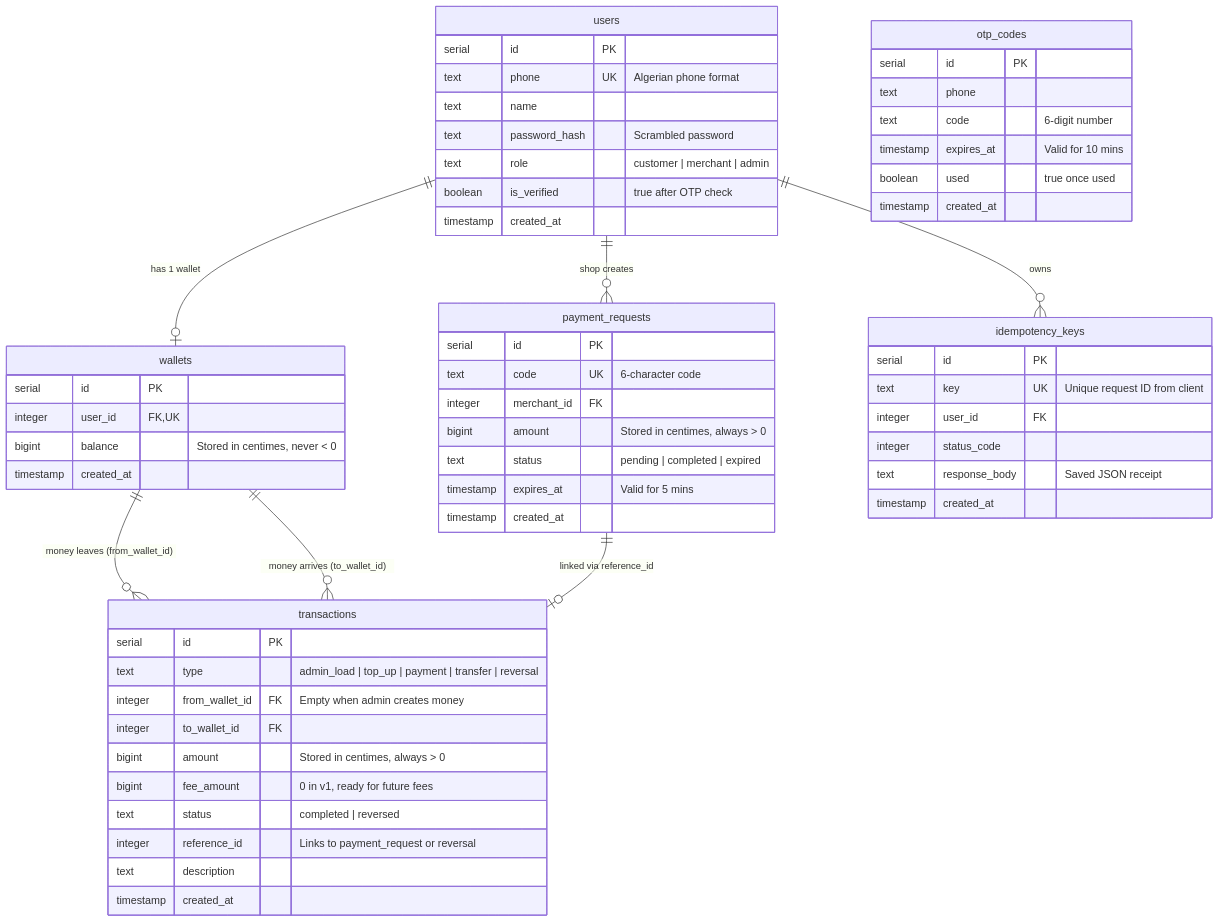
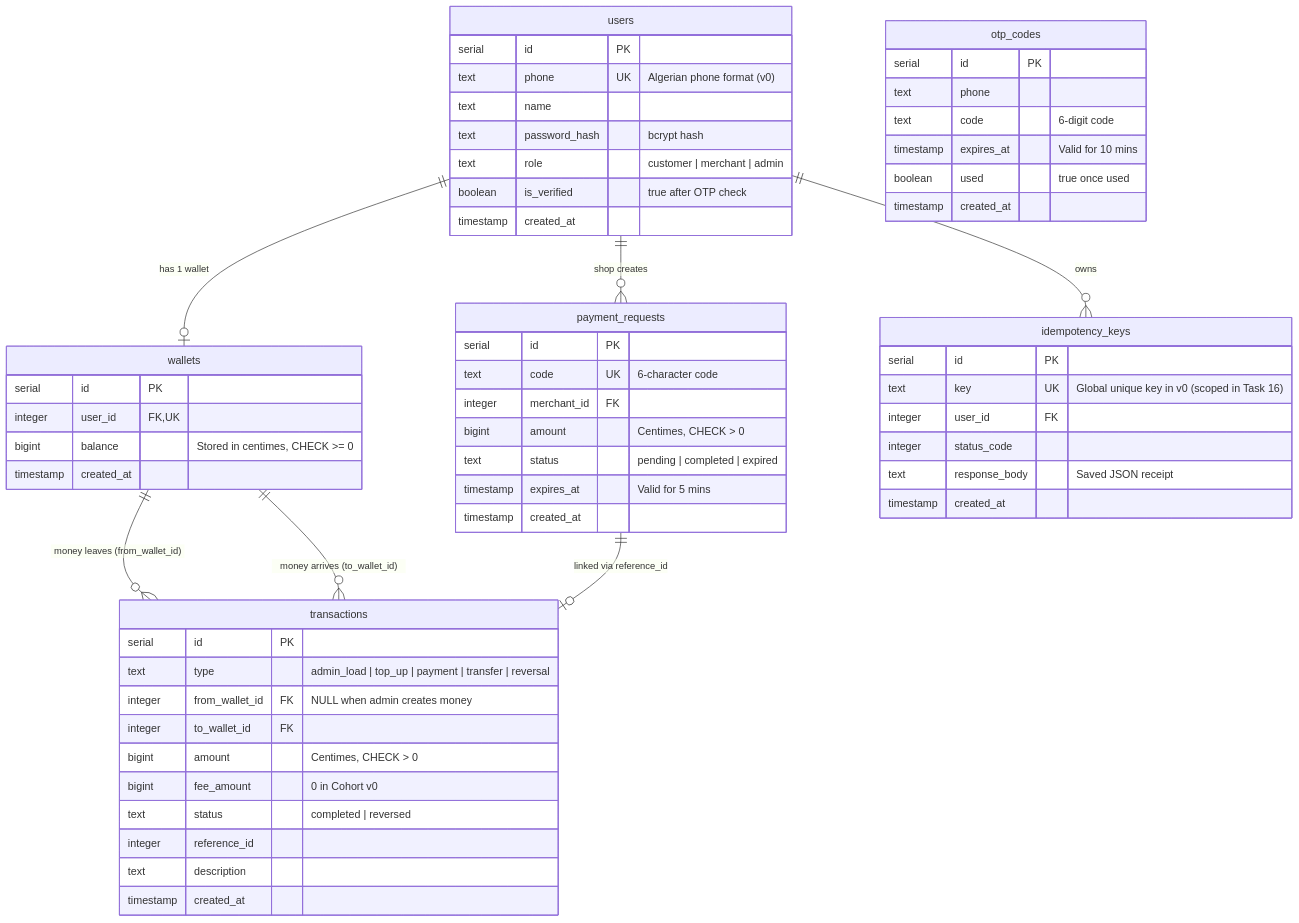
Before and after one commit to lyna-asma/project1-dtc: the first of 3 diagrams in docs/02-data-model-and-ledger.md, drawn with Mermaid. The commit also changed other lines of this file and 19 other files, not shown here.

Commit message:
docs: align Blendinar v1 product plan, 9-milestone backlog, ADRs, and visual diagrams

````diff
--- a/docs/02-data-model-and-ledger.md
+++ b/docs/02-data-model-and-ledger.md
@@ -11,67 +11,67 @@
 ```mermaid
 erDiagram
     users ||--o| wallets : "has 1 wallet"
     users ||--o{ payment_requests : "shop creates"
     users ||--o{ idempotency_keys : "owns"
     wallets ||--o{ transactions : "money leaves (from_wallet_id)"
     wallets ||--o{ transactions : "money arrives (to_wallet_id)"
     payment_requests ||--o| transactions : "linked via reference_id"
 
     users {
         serial id PK
-        text phone UK "Algerian phone format"
+        text phone UK "Algerian phone format (v0)"
         text name
-        text password_hash "Scrambled password"
+        text password_hash "bcrypt hash"
         text role "customer | merchant | admin"
         boolean is_verified "true after OTP check"
         timestamp created_at
     }
 
     otp_codes {
         serial id PK
         text phone
-        text code "6-digit number"
+        text code "6-digit code"
         timestamp expires_at "Valid for 10 mins"
         boolean used "true once used"
         timestamp created_at
     }
 
     wallets {
         serial id PK
-        integer user_id FK, UK
-        bigint balance "Stored in centimes, never < 0"
+        integer user_id FK,UK
+        bigint balance "Stored in centimes, CHECK >= 0"
         timestamp created_at
     }
 
     transactions {
         serial id PK
         text type "admin_load | top_up | payment | transfer | reversal"
-        integer from_wallet_id FK "Empty when admin creates money"
+        integer from_wallet_id FK "NULL when admin creates money"
         integer to_wallet_id FK
-        bigint amount "Stored in centimes, always > 0"
-        bigint fee_amount "0 in v1, ready for future fees"
+        bigint amount "Centimes, CHECK > 0"
+        bigint fee_amount "0 in Cohort v0"
         text status "completed | reversed"
-        integer reference_id "Links to payment_request or reversal"
+        integer reference_id
         text description
         timestamp created_at
     }
 
     payment_requests {
         serial id PK
         text code UK "6-character code"
         integer merchant_id FK
-        bigint amount "Stored in centimes, always > 0"
+        bigint amount "Centimes, CHECK > 0"
         text status "pending | completed | expired"
         timestamp expires_at "Valid for 5 mins"
         timestamp created_at
     }
 
     idempotency_keys {
         serial id PK
-        text key UK "Unique request ID from client"
+        text key UK "Global unique key in v0 (scoped in Task 16)"
         integer user_id FK
         integer status_code
         text response_body "Saved JSON receipt"
         timestamp created_at
     }
 ```
````
